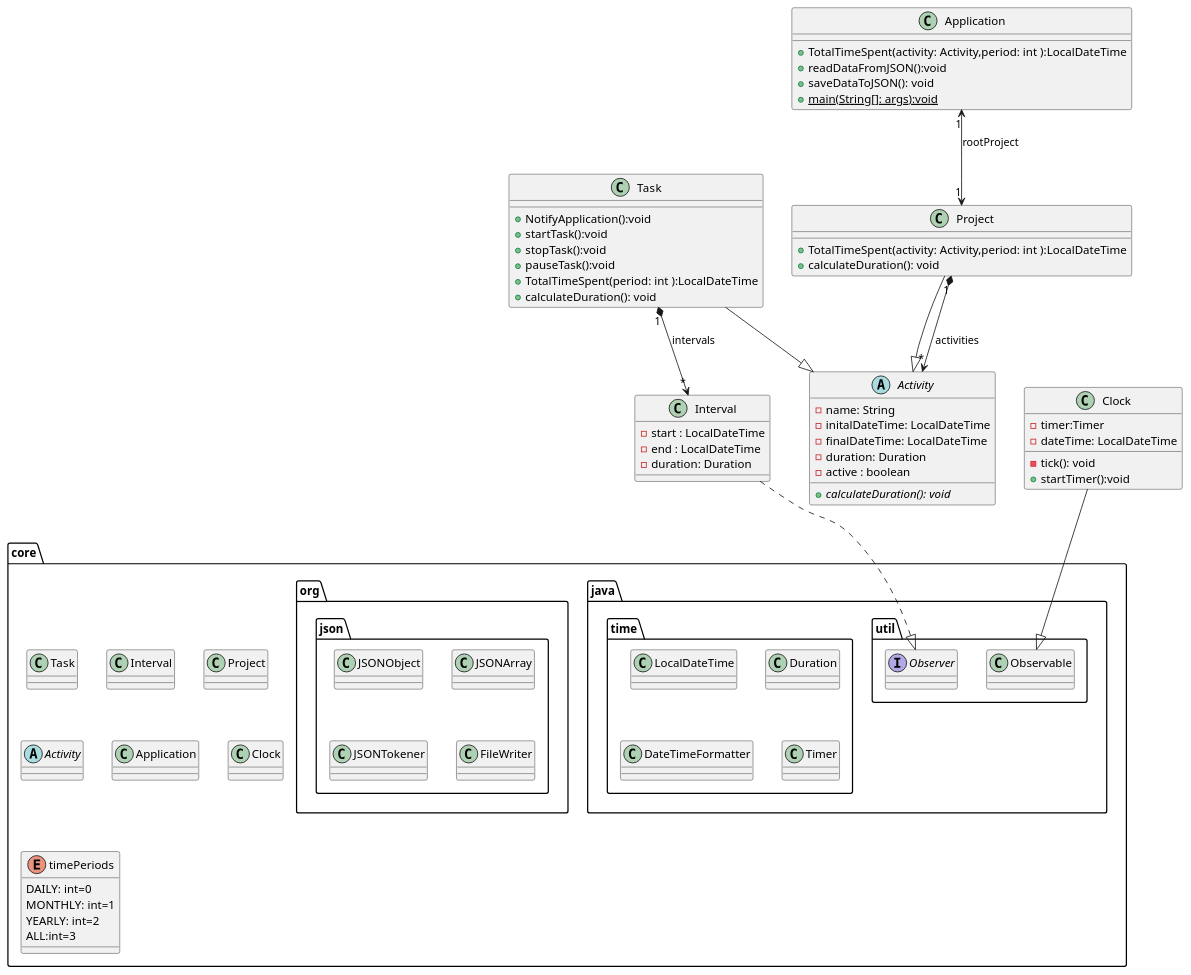
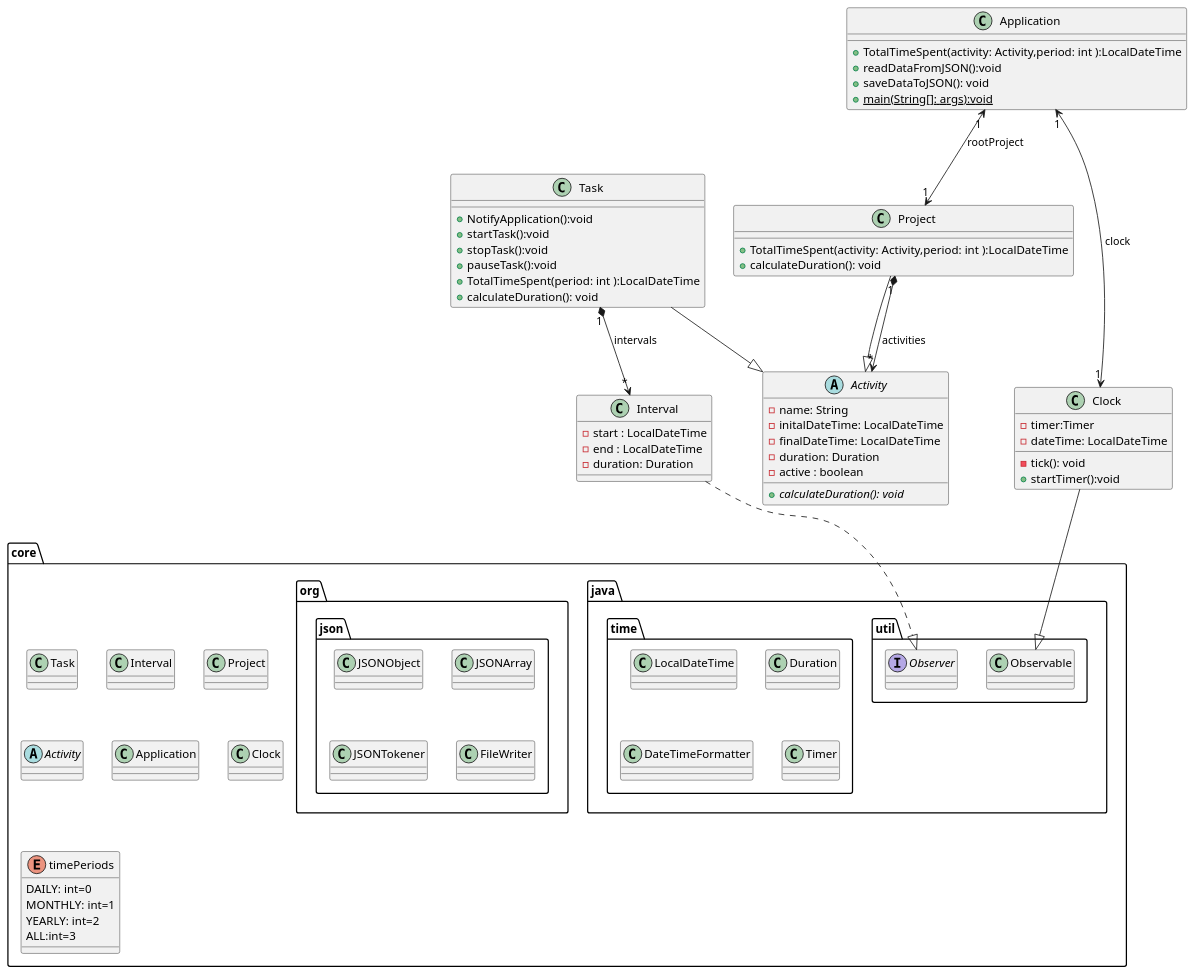
One commit to Marc1527739/PracticasDS changed the diagram in src/FirstDiagram.puml. Above: the diagram before and after it, drawn with PlantUML. The commit also changed 7 other files, not shown here.

```diff
--- a/src/FirstDiagram.puml
+++ b/src/FirstDiagram.puml
@@ -1,84 +1,85 @@
 @startuml
 package core{
     class Task
     class Interval
     class Project
     abstract class Activity
     class Application
     ' interface UserInterface
     class Clock
 
     package java.util{
         class Observable
         interface Observer
         }
     package java.time{
            class LocalDateTime
            class Duration
            class DateTimeFormatter
            class Timer
         }
     package org.json{
         class JSONObject
         class JSONArray
         class JSONTokener
         class FileWriter
     }
     enum timePeriods{
         DAILY: int=0
         MONTHLY: int=1
         YEARLY: int=2
         ALL:int=3
     }
 }
 
 
 abstract Activity{
     - name: String
     - initalDateTime: LocalDateTime
     - finalDateTime: LocalDateTime
     - duration: Duration
     - active : boolean
     + {abstract}calculateDuration(): void
 }
 class Application{
     + TotalTimeSpent(activity: Activity,period: int ):LocalDateTime
     + readDataFromJSON():void
     + saveDataToJSON(): void
     + {static}main(String[]: args):void
 }
 class Project{
     + TotalTimeSpent(activity: Activity,period: int ):LocalDateTime
     + calculateDuration(): void
 }
 class Task{
     + NotifyApplication():void
     + startTask():void
     + stopTask():void
     + pauseTask():void
     + TotalTimeSpent(period: int ):LocalDateTime
     + calculateDuration(): void
 }
 class Interval{
     - start : LocalDateTime
     - end : LocalDateTime
     - duration: Duration
 }
 class Clock{
     - timer:Timer
     - dateTime: LocalDateTime
     - tick(): void
     +startTimer():void
 }
 Application "1"<--> "1"Project: "rootProject"
+Application"1"<-->"1"Clock:"clock"
 Project --|> Activity
 Project "1"*-->"*"Activity: "activities "
 Task --|> Activity
 Task "1"*-->"*"Interval:"intervals"
 Clock --|> Observable
 Interval ..|> Observer
 
 
 
 
 @enduml
```
